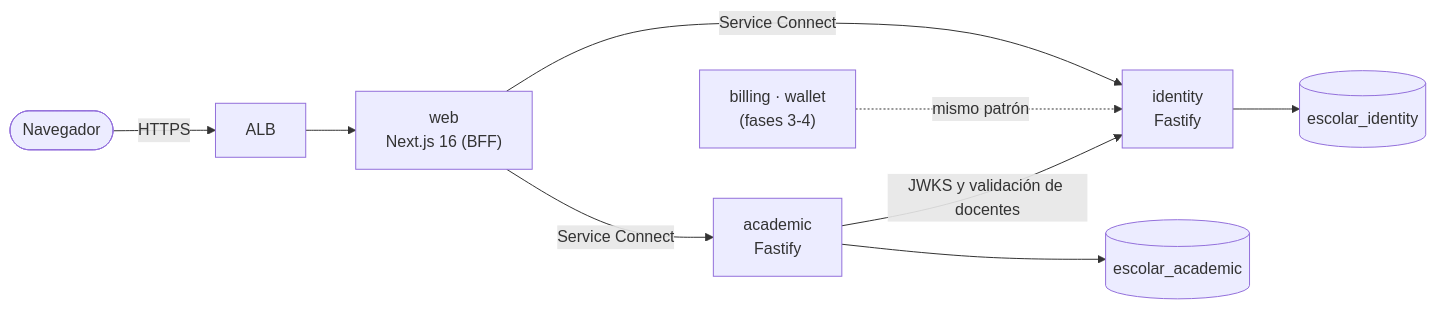
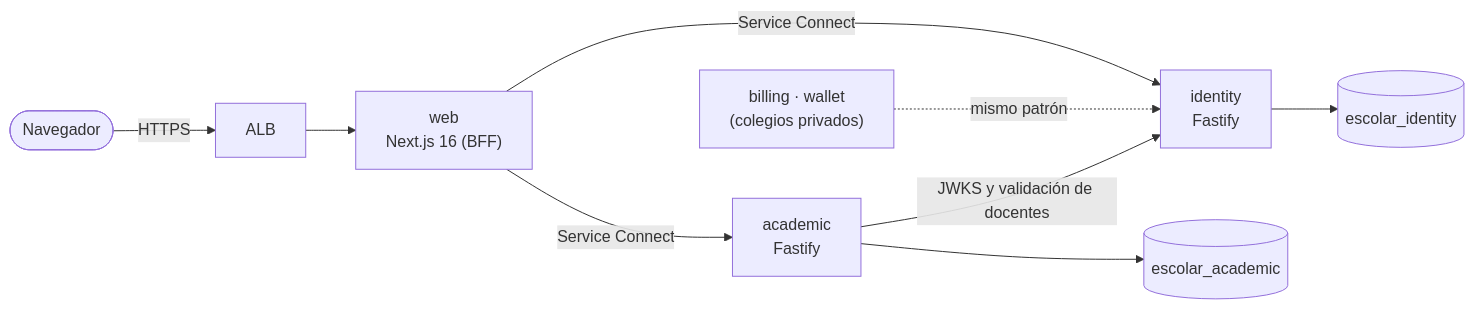
Before and after one commit to Jcontreras013/appAlumnos: the diagram in README.md, drawn with Mermaid. The commit also changed other lines of this file and 27 other files, not shown here.

````diff
--- a/README.md
+++ b/README.md
@@ -29,11 +32,11 @@
 ```mermaid
 flowchart LR
   navegador([Navegador]) -->|HTTPS| alb[ALB]
   alb --> web["web<br/>Next.js 16 (BFF)"]
   web -->|Service Connect| identity["identity<br/>Fastify"]
   web -->|Service Connect| academic["academic<br/>Fastify"]
   academic -->|JWKS y validación de docentes| identity
   identity --> dbi[(escolar_identity)]
   academic --> dba[(escolar_academic)]
-  futuros["billing · wallet<br/>(fases 3-4)"] -. mismo patrón .-> identity
+  futuros["billing · wallet<br/>(colegios privados)"] -. mismo patrón .-> identity
 ```
````
